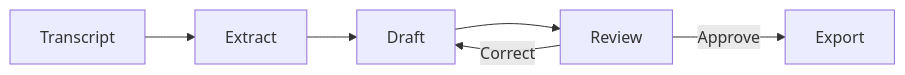
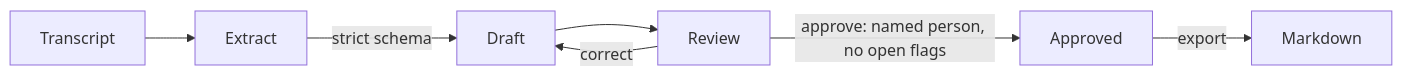
One commit to asadullah48/voice-note-to-doc-demo changed the diagram in README.md. Above: the diagram before and after it, drawn with Mermaid. The commit also changed other lines of this file and 2 other files, not shown here.

````diff
--- a/README.md
+++ b/README.md
@@ -14,8 +22,9 @@
 ```mermaid
 flowchart LR
     Transcript --> Extract
-    Extract --> Draft
+    Extract -->|strict schema| Draft
     Draft --> Review
-    Review -->|Correct| Draft
-    Review -->|Approve| Export
+    Review -->|correct| Draft
+    Review -->|approve: named person, no open flags| Approved
+    Approved -->|export| Markdown
 ```
````
